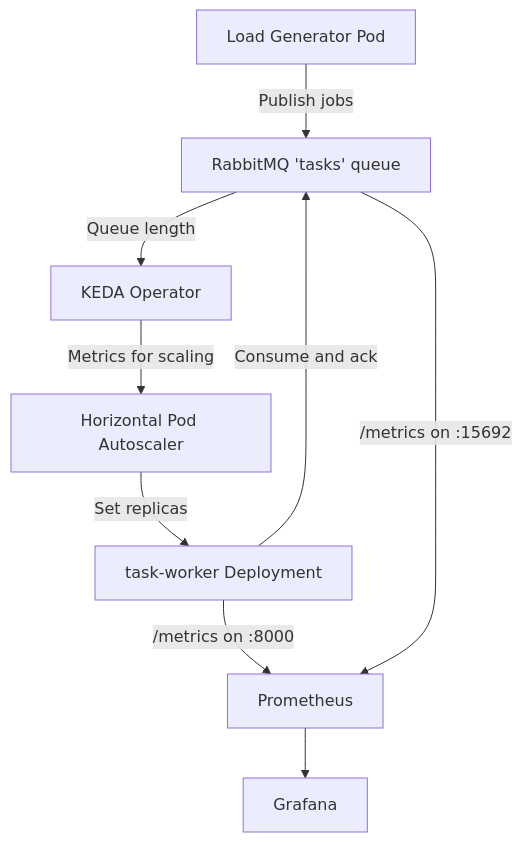
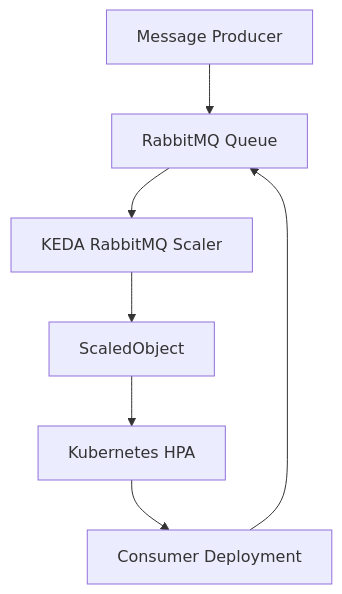
The diagram in keda-rabbitmq-project/README.md (Sadha19/k8s-project), drawn with Mermaid before and after one commit. The commit also changed other lines of this file, not shown here.

````diff
--- a/keda-rabbitmq-project/README.md
+++ b/keda-rabbitmq-project/README.md
@@ -11,11 +20,9 @@
 ```mermaid
 flowchart TD
-    A[Load Generator Pod] -->|Publish jobs| B[RabbitMQ 'tasks' queue]
-    B -->|Queue length| C[KEDA Operator]
-    C -->|Metrics for scaling| D[Horizontal Pod Autoscaler]
-    D -->|Set replicas| E[task-worker Deployment]
-    E -->|Consume and ack| B
-    E -->|/metrics on :8000| F[Prometheus]
-    B -->|/metrics on :15692| F
-    F --> G[Grafana]
+    A[Message Producer] --> B[RabbitMQ Queue]
+    B --> C[KEDA RabbitMQ Scaler]
+    C --> D[ScaledObject]
+    D --> E[Kubernetes HPA]
+    E --> F[Consumer Deployment]
+    F --> B
 ```
````
